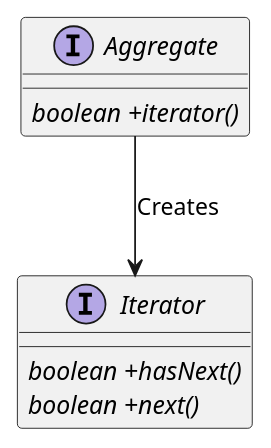
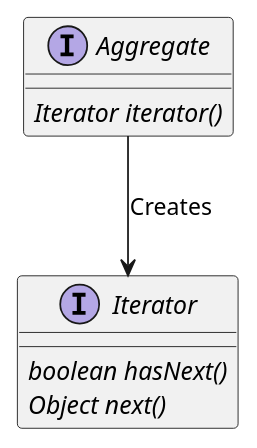
The diagram in php/iterator/README.md (ku2ma2/design_pattern), drawn with PlantUML before and after one commit.

````diff
--- a/php/iterator/README.md
+++ b/php/iterator/README.md
@@ -4,17 +4,17 @@
 ```uml
 @startuml
 
 
 interface Aggregate {
-    {abstract} boolean +iterator()
+    {abstract} Iterator iterator()
 }
 
 interface Iterator {
-    {abstract} boolean +hasNext()
-    {abstract} boolean +next()
+    {abstract} boolean hasNext()
+    {abstract} Object next()
 }
 
 Aggregate --> Iterator : Creates
 
 @enduml
 ```
````
